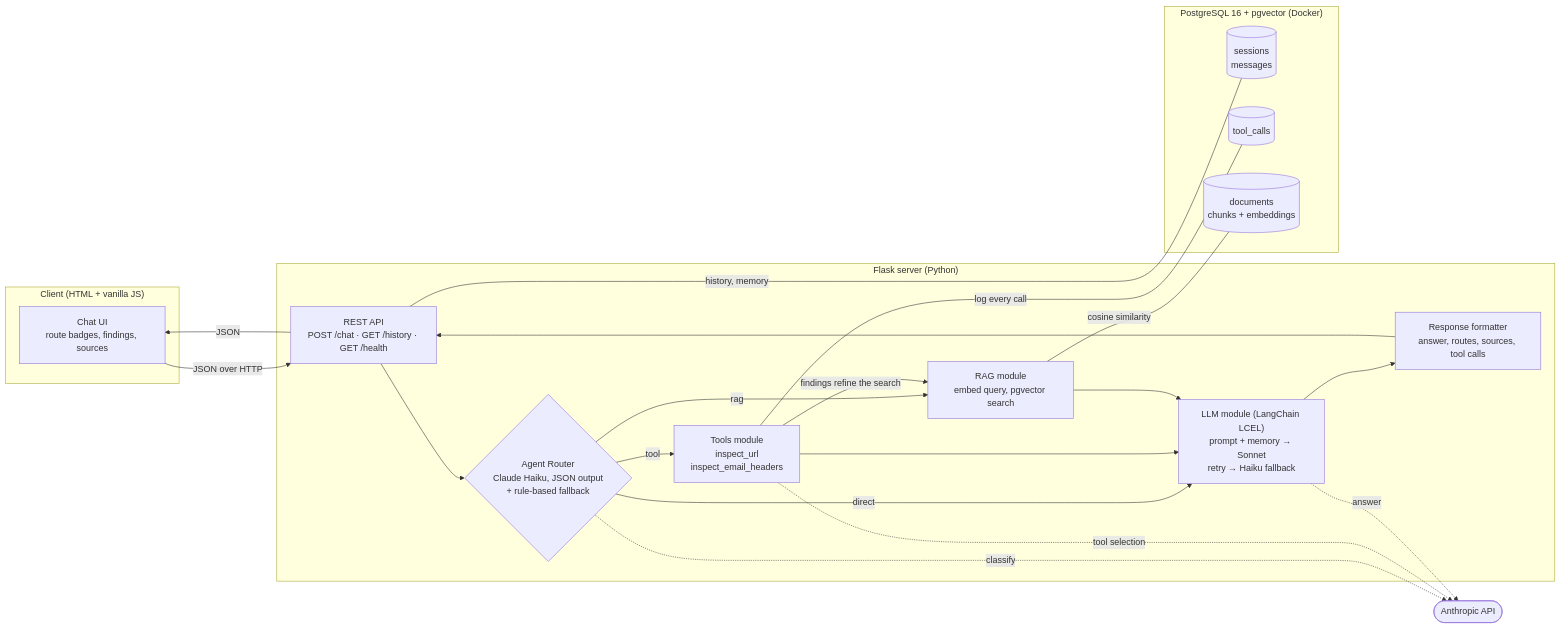
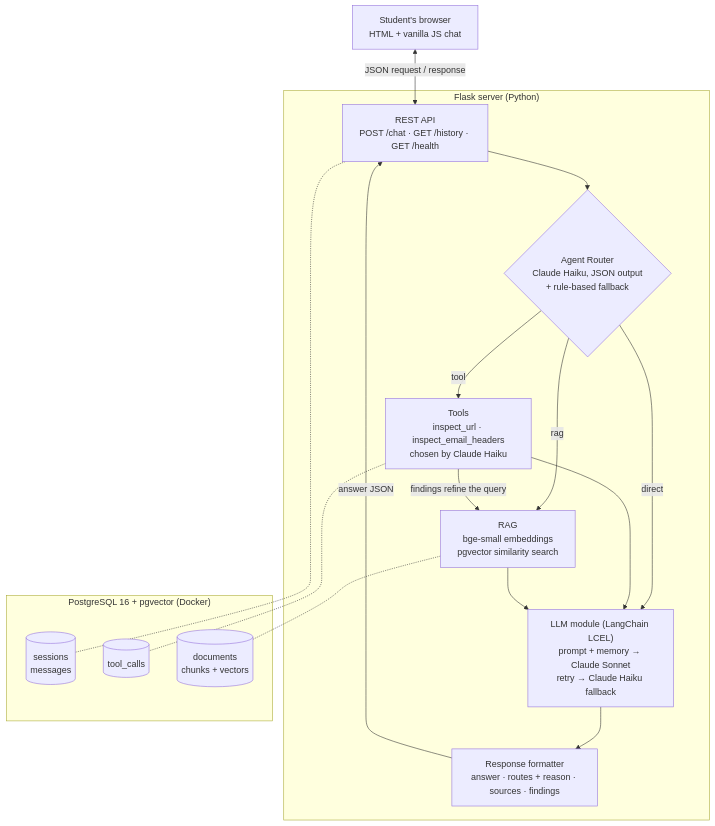
Before and after one commit to stateOfMindset/phishcheck: the diagram in README.md, drawn with Mermaid.

Commit message:
Redraw the architecture diagram top-down for readability

````diff
--- a/README.md
+++ b/README.md
@@ -45,41 +45,34 @@
 ```mermaid
-flowchart LR
-    subgraph Client["Client (HTML + vanilla JS)"]
-        UI["Chat UI<br/>route badges, findings, sources"]
+flowchart TD
+    U["Student's browser<br/>HTML + vanilla JS chat"]
+
+    subgraph S["Flask server (Python)"]
+        API["REST API<br/>POST /chat · GET /history · GET /health"]
+        R{"Agent Router<br/>Claude Haiku, JSON output<br/>+ rule-based fallback"}
+        T["Tools<br/>inspect_url · inspect_email_headers<br/>chosen by Claude Haiku"]
+        G["RAG<br/>bge-small embeddings<br/>pgvector similarity search"]
+        L["LLM module (LangChain LCEL)<br/>prompt + memory → Claude Sonnet<br/>retry → Claude Haiku fallback"]
+        F["Response formatter<br/>answer · routes + reason · sources · findings"]
     end
 
-    subgraph Server["Flask server (Python)"]
-        API["REST API<br/>POST /chat · GET /history · GET /health"]
-        R{"Agent Router<br/>Claude Haiku, JSON output<br/>+ rule-based fallback"}
-        T["Tools module<br/>inspect_url<br/>inspect_email_headers"]
-        RAG["RAG module<br/>embed query, pgvector search"]
-        LLM["LLM module (LangChain LCEL)<br/>prompt + memory → Sonnet<br/>retry → Haiku fallback"]
-        F["Response formatter<br/>answer, routes, sources, tool calls"]
+    subgraph D["PostgreSQL 16 + pgvector (Docker)"]
+        M[("sessions<br/>messages")]
+        TC[("tool_calls")]
+        K[("documents<br/>chunks + vectors")]
     end
 
-    subgraph DB["PostgreSQL 16 + pgvector (Docker)"]
-        H[("sessions<br/>messages")]
-        L[("tool_calls")]
-        V[("documents<br/>chunks + embeddings")]
-    end
-
-    ANT(["Anthropic API"])
-
-    UI -- "JSON over HTTP" --> API
+    U <-- "JSON request / response" --> API
     API --> R
     R -- "tool" --> T
-    R -- "rag" --> RAG
-    R -- "direct" --> LLM
-    T -- "findings refine the search" --> RAG
-    T --> LLM
-    RAG --> LLM
-    LLM --> F --> API
-    API -- "JSON" --> UI
+    R -- "rag" --> G
+    R -- "direct" --> L
+    T -- "findings refine the query" --> G
+    T --> L
+    G --> L
+    L --> F
+    F -- "answer JSON" --> API
 
-    R -. "classify" .-> ANT
-    T -. "tool selection" .-> ANT
-    LLM -. "answer" .-> ANT
-    API -- "history, memory" --- H
-    T -- "log every call" --- L
-    RAG -- "cosine similarity" --- V
+    API -.- M
+    T -.- TC
+    G -.- K
 ```
````
